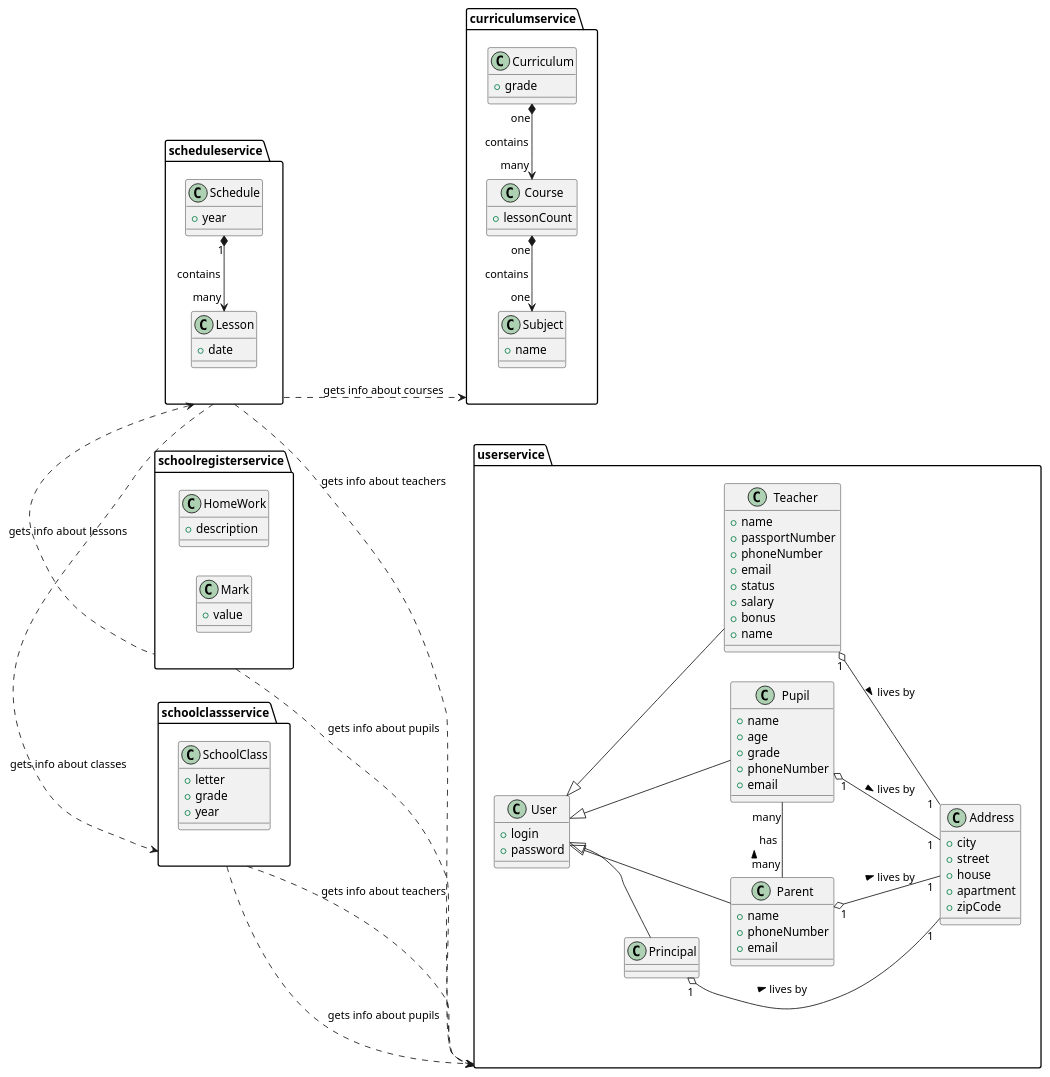
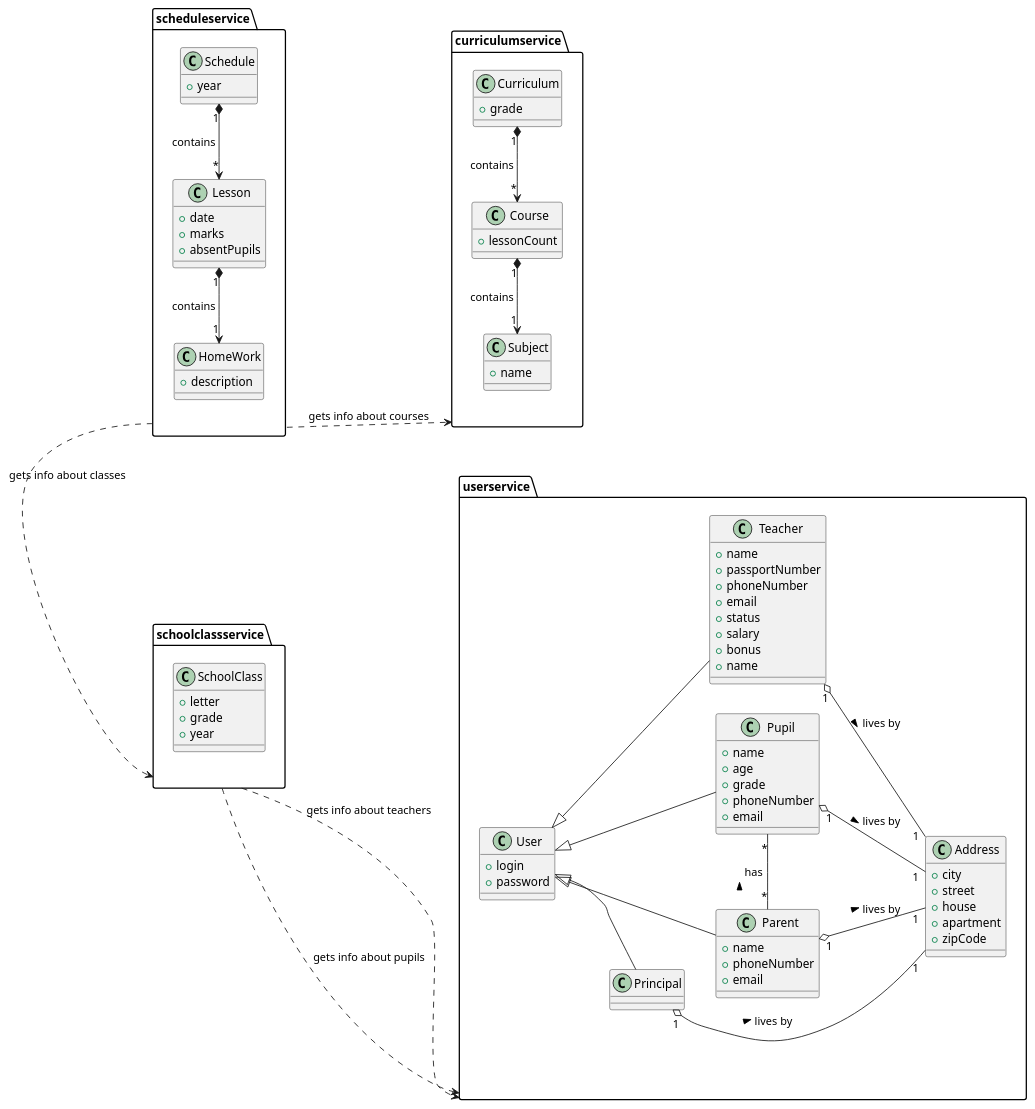
Before and after one commit to vzhuleho/microservices-school: the diagram in domain-model-with-bounded-contexts.puml, drawn with PlantUML. The commit also changed 2 other files, not shown here.

```diff
--- a/domain-model-with-bounded-contexts.puml
+++ b/domain-model-with-bounded-contexts.puml
@@ -1,130 +1,121 @@
 @startuml
 'skinparam linetype polyline
 'skinparam linetype ortho
 left to right direction
 
 
 namespace userservice {
   class User {
     + login
     + password
   }
 
   class Principal {
   }
 
   class Teacher {
     + name
     + passportNumber
     + phoneNumber
     + email
     + status
     + salary
     + bonus
   }
 
   class Parent {
     + name
     + phoneNumber
     + email
   }
 
   class Pupil {
     + name
     + age
     + grade
     + phoneNumber
     + email
   }
 
   class Address {
     + city
     + street
     + house
     + apartment
     + zipCode
   }
 
   User <|- Principal
   User <|-- Teacher
   User <|-- Parent
   User <|-- Pupil
   Principal "1" o- "1" Address : lives by >
   Pupil "1" o- "1" Address : lives by >
   Parent "1" o- "1" Address : lives by >
   Teacher "1" o-- "1" Address : lives by >
-  Pupil "many" -l- "many" Parent: \n\thas\n >
+  Pupil "*" -l- "*" Parent: \n\thas\n >
 }
 
 
 together {
 
   namespace scheduleservice  {
     class userservice.Teacher {
         + name
     }
 
     class Schedule {
         + year
     }
 
     class Lesson {
         + date
+        + marks
+        + absentPupils
     }
 
-    Schedule "1" *-l> "many" Lesson : \ncontains\n
+    class HomeWork {
+        + description
+    }
+
+    Schedule "1" *-l> "*" Lesson : \ncontains\n
+    Lesson "1" *-l> "1" HomeWork : \ncontains\n
   }
 
   namespace curriculumservice {
     class Curriculum {
         + grade
     }
 
     class Course {
         + lessonCount
     }
 
     class Subject {
         + name
     }
 
-    Curriculum "one" *-u> "many" Course : \ncontains\n
-    Course "one" *-u> "one" Subject : \ncontains\n
+    Curriculum "1" *-u> "*" Course : \ncontains\n
+    Course "1" *-u> "1" Subject : \ncontains\n
   }
 }
 
-
-
-together {
-namespace schoolregisterservice {
-  class HomeWork {
-      + description
-  }
-
-  class Mark {
-      + value
-  }
-}
 
 
 namespace schoolclassservice {
   class SchoolClass {
       + letter
       + grade
       + year
   }
 }
-}
 
 
 
 
 schoolclassservice .-> userservice  : gets info about teachers
 schoolclassservice .-> userservice  : gets info about pupils
-schoolregisterservice .-> userservice  : gets info about pupils
-scheduleservice .-> userservice : gets info about teachers
-schoolregisterservice .-l> scheduleservice  : gets info about lessons
 scheduleservice .-> curriculumservice : gets info about courses
 scheduleservice .-r> schoolclassservice : gets info about classes
 
 @enduml
```
